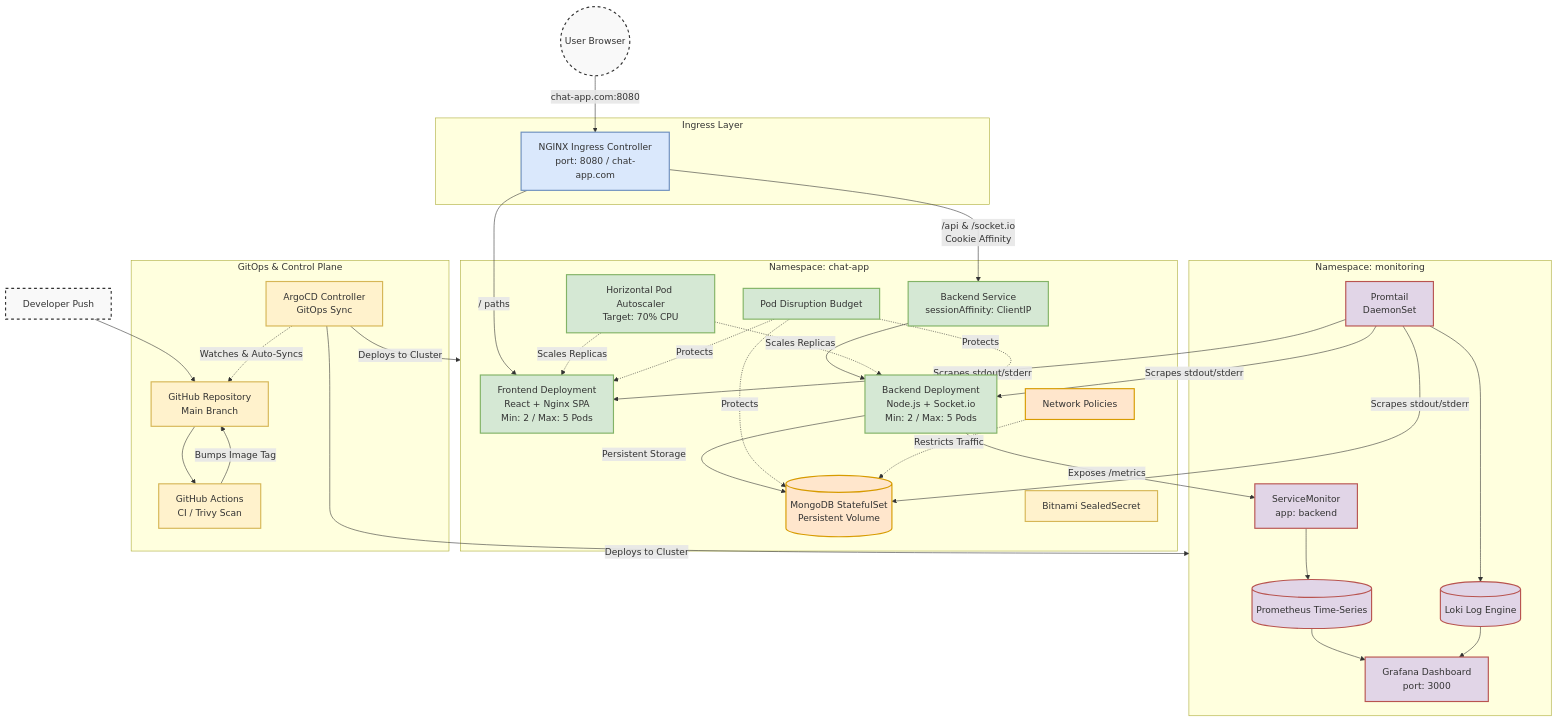
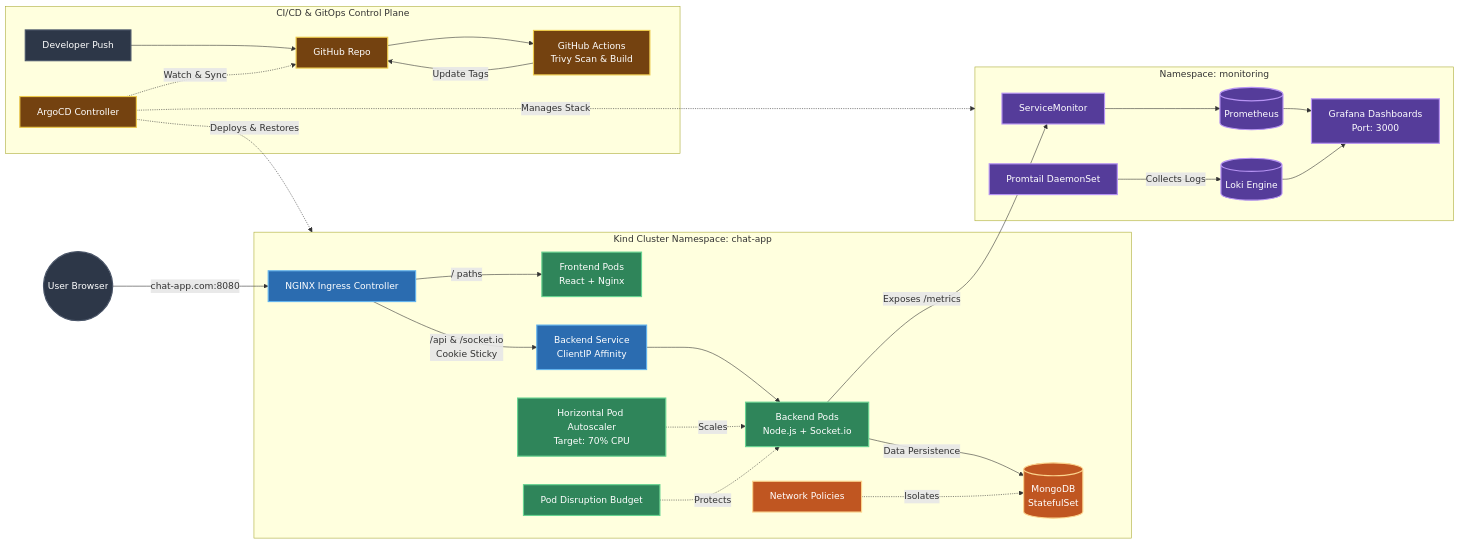
The diagram in README.md (rahul6364/cloud-native-chat-platform), drawn with Mermaid before and after one commit.

Commit message:
update:Architecure diagram visiblity

````diff
--- a/README.md
+++ b/README.md
@@ -132,77 +132,48 @@
 ```mermaid
-graph TB
-    %% Styling Definitions
-    classDef external fill:#f9f9f9,stroke:#333,stroke-width:2px,stroke-dasharray: 5 5;
-    classDef ingress fill:#dae8fc,stroke:#6c8ebf,stroke-width:2px;
-    classDef app fill:#d5e8d4,stroke:#82b366,stroke-width:2px;
-    classDef data fill:#ffe6cc,stroke:#d79b00,stroke-width:2px;
-    classDef obs fill:#e1d5e7,stroke:#b85450,stroke-width:2px;
-    classDef gitops fill:#fff2cc,stroke:#d6b656,stroke-width:2px;
+graph LR
+    %% Theme Styling
+    classDef ext fill:#2d3748,stroke:#4a5568,stroke-width:2px,color:#fff;
+    classDef ing fill:#2b6cb0,stroke:#63b3ed,stroke-width:2px,color:#fff;
+    classDef app fill:#2f855a,stroke:#68d391,stroke-width:2px,color:#fff;
+    classDef storage fill:#c05621,stroke:#fbd38d,stroke-width:2px,color:#fff;
+    classDef monitor fill:#553c9a,stroke:#b794f4,stroke-width:2px,color:#fff;
+    classDef gitops fill:#744210,stroke:#ecc94b,stroke-width:2px,color:#fff;
 
-    %% External Clients
-    User((User Browser)):::external
-    Developer[Developer Push]:::external
-
-    %% Ingress & Routing
-    subgraph Ingress_Layer [Ingress Layer]
-        Ingress[NGINX Ingress Controller<br/>port: 8080 / chat-app.com]:::ingress
+    %% 1. External & CI/CD Layer
+    subgraph Control_Plane [CI/CD & GitOps Control Plane]
+        Dev[Developer Push]:::ext --> Git[GitHub Repo]:::gitops
+        Git --> GHA[GitHub Actions<br/>Trivy Scan & Build]:::gitops
+        GHA -->|Update Tags| Git
+        Argo[ArgoCD Controller]:::gitops -.->|Watch & Sync| Git
     end
 
-    %% Application Core Namespace
-    subgraph Chat_App_Namespace [Namespace: chat-app]
-        Frontend[Frontend Deployment<br/>React + Nginx SPA<br/>Min: 2 / Max: 5 Pods]:::app
-        Backend[Backend Deployment<br/>Node.js + Socket.io<br/>Min: 2 / Max: 5 Pods]:::app
-        Mongo[(MongoDB StatefulSet<br/>Persistent Volume)]:::data
+    %% 2. Traffic Ingress Layer
+    User((User Browser)):::ext -->|chat-app.com:8080| Ingress[NGINX Ingress Controller]:::ing
+    
+    %% 3. Core Workloads
+    subgraph Cluster [Kind Cluster Namespace: chat-app]
+        Ingress -->|/ paths| FE[Frontend Pods<br/>React + Nginx]:::app
+        Ingress -->|/api & /socket.io<br/>Cookie Sticky| SVC[Backend Service<br/>ClientIP Affinity]:::ing
+        SVC --> BE[Backend Pods<br/>Node.js + Socket.io]:::app
+        BE -->|Data Persistence| DB[(MongoDB<br/>StatefulSet)]:::storage
         
-        %% K8s Internal Hardening & Scaling
-        HPA[Horizontal Pod Autoscaler<br/>Target: 70% CPU]:::app
-        PDB[Pod Disruption Budget]:::app
-        NetPol[Network Policies]:::data
-        SealedSecret[Bitnami SealedSecret]:::gitops
-
-        Backend-Svc[Backend Service<br/>sessionAffinity: ClientIP]:::app
+        %% Hardening Elements
+        HPA[Horizontal Pod Autoscaler<br/>Target: 70% CPU]:::app -.->|Scales| BE
+        PDB[Pod Disruption Budget]:::app -.->|Protects| BE
+        NetPol[Network Policies]:::storage -.->|Isolates| DB
     end
 
-    %% Observability Stack Namespace
-    subgraph Monitoring_Namespace [Namespace: monitoring]
-        Prometheus[(Prometheus Time-Series)]:::obs
-        ServiceMonitor[ServiceMonitor<br/>app: backend]:::obs
-        Loki[(Loki Log Engine)]:::obs
-        Promtail[Promtail<br/>DaemonSet]:::obs
-        Grafana[Grafana Dashboard<br/>port: 3000]:::obs
+    %% 4. Observability Stack
+    subgraph Observability [Namespace: monitoring]
+        BE -->|Exposes /metrics| SM[ServiceMonitor]:::monitor
+        SM --> Prom[(Prometheus)]:::monitor
+        Prom --> Graf[Grafana Dashboards<br/>Port: 3000]:::monitor
+        
+        Tail[Promtail DaemonSet]:::monitor -->|Collects Logs| Loki[(Loki Engine)]:::monitor
+        Loki --> Graf
     end
-
-    %% CI/CD & GitOps Management
-    subgraph GitOps_Pipeline [GitOps & Control Plane]
-        GitHub[GitHub Repository<br/>Main Branch]:::gitops
-        GHActions[GitHub Actions<br/>CI / Trivy Scan]:::gitops
-        ArgoCD[ArgoCD Controller<br/>GitOps Sync]:::gitops
-    end
-
-    %% Core Traffic & Data Flows
-    User -->|chat-app.com:8080| Ingress
-    Ingress -->|/ paths| Frontend
-    Ingress -->|/api & /socket.io<br/>Cookie Affinity| Backend-Svc
-    Backend-Svc --> Backend
-    Backend -->|Persistent Storage| Mongo
-
-    %% Hardening Associations
-    HPA -.->|Scales Replicas| Backend & Frontend
-    PDB -.->|Protects| Backend & Frontend & Mongo
-    NetPol -.->|Restricts Traffic| Mongo
-
-    %% Observability Scraping & Directing
-    Backend -->|Exposes /metrics| ServiceMonitor
-    ServiceMonitor --> Prometheus
-    Promtail -->|Scrapes stdout/stderr| Backend & Frontend & Mongo
-    Promtail --> Loki
-    Prometheus --> Grafana
-    Loki --> Grafana
-
-    %% GitOps & Automation Automation
-    Developer --> GitHub
-    GitHub --> GHActions
-    GHActions -->|Bumps Image Tag| GitHub
-    ArgoCD -.->|Watches & Auto-Syncs| GitHub
-    ArgoCD -->|Deploys to Cluster| Chat_App_Namespace & Monitoring_Namespace
+    
+    %% Argo Deploy paths
+    Argo -.->|Deploys & Restores| Cluster
+    Argo -.->|Manages Stack| Observability
 ```
````
